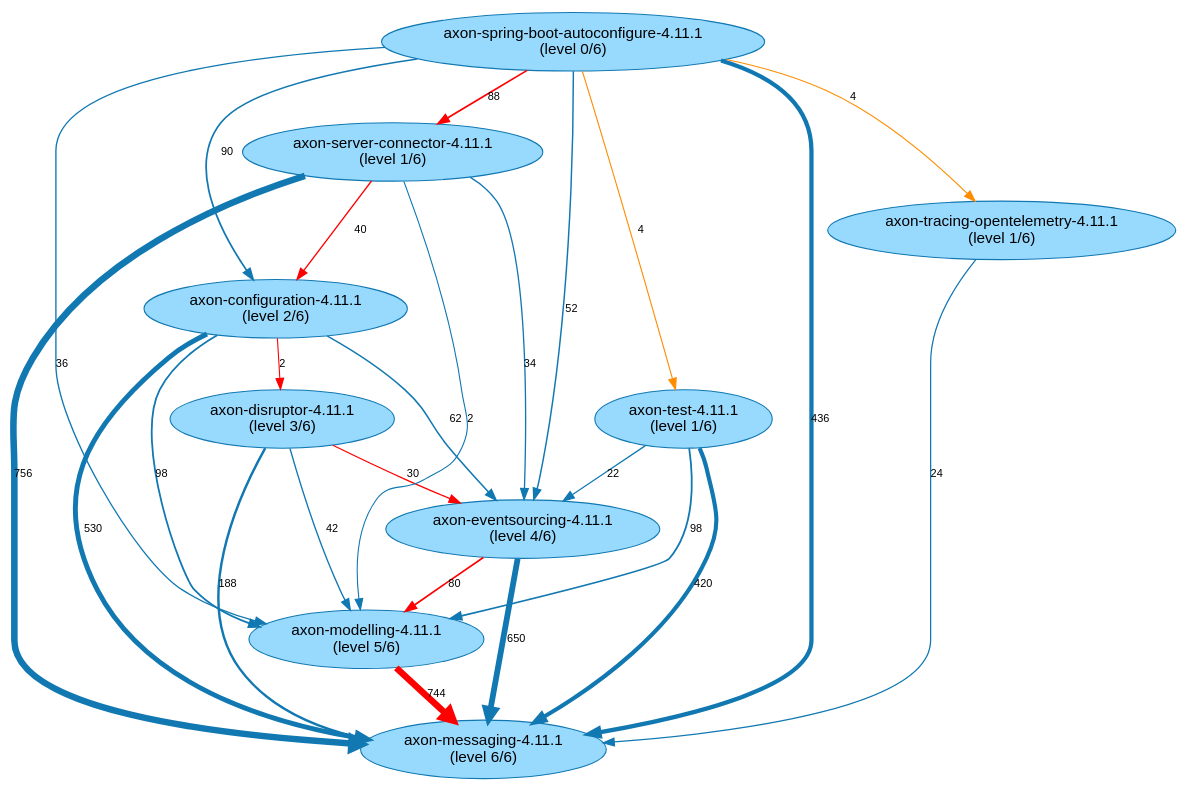
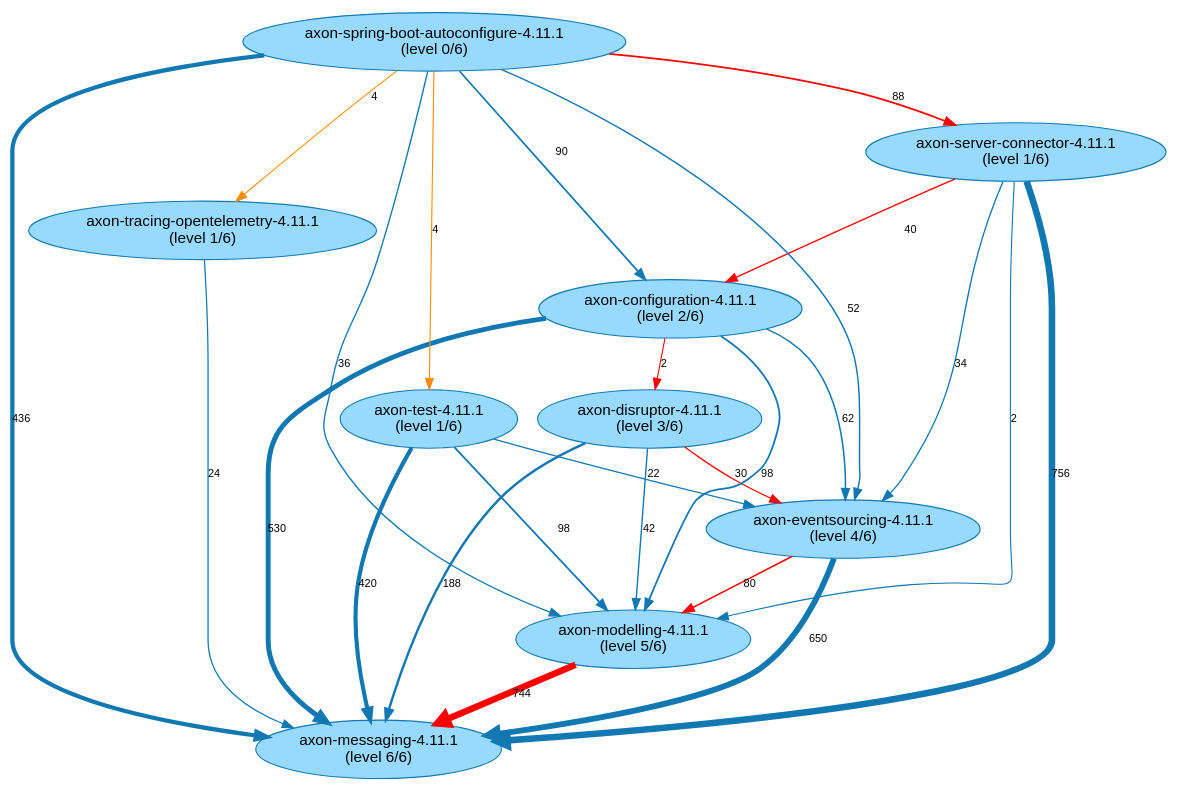
The diagram in analysis-results/AxonFramework/latest/path-finding-visualization/JavaArtifactLongestPaths.gv (JohT/code-graph-analysis-examples), drawn with Graphviz before and after one commit. The commit also changed other lines of this file and 403 other files, not shown here.

```diff
--- a/analysis-results/AxonFramework/latest/path-finding-visualization/JavaArtifactLongestPaths.gv
+++ b/analysis-results/AxonFramework/latest/path-finding-visualization/JavaArtifactLongestPaths.gv
@@ -1,37 +1,37 @@
 // This GraphViz dot file was generated by the script convertQueryResultCsvToGraphVizDotFile.sh with default.template
 
 strict digraph JavaArtifactLongestPaths {
     fontname = "Helvetica,Arial,sans-serif";
     node [fontname = "Helvetica,Arial,sans-serif";];
     edge [fontname = "Helvetica,Arial,sans-serif"; fontsize = 10;];
     node [style = filled; fillcolor = "0.560 0.400 0.999";];
     node [color = "0.560 0.900 0.700";];
     edge [color = "0.560 0.900 0.700";];
+	"axon-eventsourcing-4.11.1\n(level 4/6)" -> "axon-messaging-4.11.1\n(level 6/6)" [label=650; penwidth=5.3; ];
+	"axon-eventsourcing-4.11.1\n(level 4/6)" -> "axon-modelling-4.11.1\n(level 5/6)" [label=80; penwidth=1.52; color="red"; ];
+	"axon-disruptor-4.11.1\n(level 3/6)" -> "axon-messaging-4.11.1\n(level 6/6)" [label=188; penwidth=2.23; ];
+	"axon-disruptor-4.11.1\n(level 3/6)" -> "axon-modelling-4.11.1\n(level 5/6)" [label=42; penwidth=1.27; ];
+	"axon-disruptor-4.11.1\n(level 3/6)" -> "axon-eventsourcing-4.11.1\n(level 4/6)" [label=30; penwidth=1.19; color="red"; ];
+	"axon-configuration-4.11.1\n(level 2/6)" -> "axon-messaging-4.11.1\n(level 6/6)" [label=530; penwidth=4.5; ];
 	"axon-configuration-4.11.1\n(level 2/6)" -> "axon-eventsourcing-4.11.1\n(level 4/6)" [label=62; penwidth=1.4; ];
 	"axon-configuration-4.11.1\n(level 2/6)" -> "axon-modelling-4.11.1\n(level 5/6)" [label=98; penwidth=1.64; ];
-	"axon-configuration-4.11.1\n(level 2/6)" -> "axon-messaging-4.11.1\n(level 6/6)" [label=530; penwidth=4.5; ];
 	"axon-configuration-4.11.1\n(level 2/6)" -> "axon-disruptor-4.11.1\n(level 3/6)" [label=2; penwidth=1.0; color="red"; ];
-	"axon-spring-boot-autoconfigure-4.11.1\n(level 0/6)" -> "axon-messaging-4.11.1\n(level 6/6)" [label=436; penwidth=3.88; ];
-	"axon-spring-boot-autoconfigure-4.11.1\n(level 0/6)" -> "axon-eventsourcing-4.11.1\n(level 4/6)" [label=52; penwidth=1.33; ];
-	"axon-spring-boot-autoconfigure-4.11.1\n(level 0/6)" -> "axon-configuration-4.11.1\n(level 2/6)" [label=90; penwidth=1.58; ];
-	"axon-spring-boot-autoconfigure-4.11.1\n(level 0/6)" -> "axon-server-connector-4.11.1\n(level 1/6)" [label=88; penwidth=1.57; color="red"; ];
-	"axon-spring-boot-autoconfigure-4.11.1\n(level 0/6)" -> "axon-modelling-4.11.1\n(level 5/6)" [label=36; penwidth=1.23; ];
-	"axon-spring-boot-autoconfigure-4.11.1\n(level 0/6)" -> "axon-tracing-opentelemetry-4.11.1\n(level 1/6)" [label=4; penwidth=1.01; ];
-	"axon-spring-boot-autoconfigure-4.11.1\n(level 0/6)" -> "axon-test-4.11.1\n(level 1/6)" [label=4; penwidth=1.01; ];
+	"axon-modelling-4.11.1\n(level 5/6)" -> "axon-messaging-4.11.1\n(level 6/6)" [label=744; penwidth=5.92; color="red"; ];
+	"axon-tracing-opentelemetry-4.11.1\n(level 1/6)" -> "axon-messaging-4.11.1\n(level 6/6)" [label=24; penwidth=1.15; ];
 	"axon-server-connector-4.11.1\n(level 1/6)" -> "axon-messaging-4.11.1\n(level 6/6)" [label=756; penwidth=6.0; ];
 	"axon-server-connector-4.11.1\n(level 1/6)" -> "axon-configuration-4.11.1\n(level 2/6)" [label=40; penwidth=1.25; color="red"; ];
 	"axon-server-connector-4.11.1\n(level 1/6)" -> "axon-eventsourcing-4.11.1\n(level 4/6)" [label=34; penwidth=1.21; ];
 	"axon-server-connector-4.11.1\n(level 1/6)" -> "axon-modelling-4.11.1\n(level 5/6)" [label=2; penwidth=1.0; ];
-	"axon-modelling-4.11.1\n(level 5/6)" -> "axon-messaging-4.11.1\n(level 6/6)" [label=744; penwidth=5.92; color="red"; ];
-	"axon-eventsourcing-4.11.1\n(level 4/6)" -> "axon-messaging-4.11.1\n(level 6/6)" [label=650; penwidth=5.3; ];
-	"axon-eventsourcing-4.11.1\n(level 4/6)" -> "axon-modelling-4.11.1\n(level 5/6)" [label=80; penwidth=1.52; color="red"; ];
-	"axon-disruptor-4.11.1\n(level 3/6)" -> "axon-eventsourcing-4.11.1\n(level 4/6)" [label=30; penwidth=1.19; color="red"; ];
-	"axon-disruptor-4.11.1\n(level 3/6)" -> "axon-messaging-4.11.1\n(level 6/6)" [label=188; penwidth=2.23; ];
-	"axon-disruptor-4.11.1\n(level 3/6)" -> "axon-modelling-4.11.1\n(level 5/6)" [label=42; penwidth=1.27; ];
-	"axon-tracing-opentelemetry-4.11.1\n(level 1/6)" -> "axon-messaging-4.11.1\n(level 6/6)" [label=24; penwidth=1.15; ];
 	"axon-test-4.11.1\n(level 1/6)" -> "axon-modelling-4.11.1\n(level 5/6)" [label=98; penwidth=1.64; ];
 	"axon-test-4.11.1\n(level 1/6)" -> "axon-messaging-4.11.1\n(level 6/6)" [label=420; penwidth=3.77; ];
 	"axon-test-4.11.1\n(level 1/6)" -> "axon-eventsourcing-4.11.1\n(level 4/6)" [label=22; penwidth=1.13; ];
+	"axon-spring-boot-autoconfigure-4.11.1\n(level 0/6)" -> "axon-server-connector-4.11.1\n(level 1/6)" [label=88; penwidth=1.57; color="red"; ];
+	"axon-spring-boot-autoconfigure-4.11.1\n(level 0/6)" -> "axon-configuration-4.11.1\n(level 2/6)" [label=90; penwidth=1.58; ];
+	"axon-spring-boot-autoconfigure-4.11.1\n(level 0/6)" -> "axon-test-4.11.1\n(level 1/6)" [label=4; penwidth=1.01; ];
+	"axon-spring-boot-autoconfigure-4.11.1\n(level 0/6)" -> "axon-messaging-4.11.1\n(level 6/6)" [label=436; penwidth=3.88; ];
+	"axon-spring-boot-autoconfigure-4.11.1\n(level 0/6)" -> "axon-eventsourcing-4.11.1\n(level 4/6)" [label=52; penwidth=1.33; ];
+	"axon-spring-boot-autoconfigure-4.11.1\n(level 0/6)" -> "axon-modelling-4.11.1\n(level 5/6)" [label=36; penwidth=1.23; ];
+	"axon-spring-boot-autoconfigure-4.11.1\n(level 0/6)" -> "axon-tracing-opentelemetry-4.11.1\n(level 1/6)" [label=4; penwidth=1.01; ];
 	"axon-spring-boot-autoconfigure-4.11.1\n(level 0/6)" -> "axon-tracing-opentelemetry-4.11.1\n(level 1/6)" [label=4; penwidth=1.01; color="darkorange"; ];
 	"axon-spring-boot-autoconfigure-4.11.1\n(level 0/6)" -> "axon-test-4.11.1\n(level 1/6)" [label=4; penwidth=1.01; color="darkorange"; ];
 }
```
